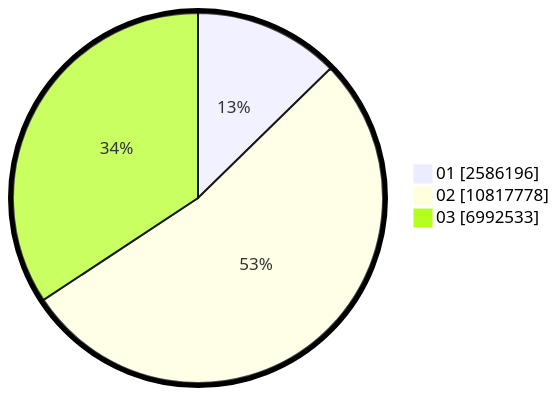
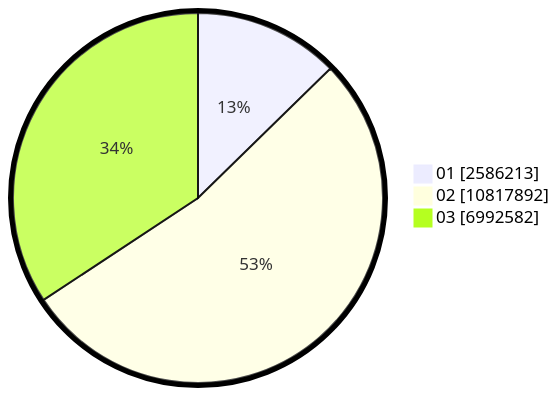
The second of 2 diagrams in pilpres/hitung-suara/sub/table-wilayah-33.md (gigit-pemilu/pemilu-2024), drawn with Mermaid before and after one commit. The commit also changed other lines of this file and 8 other files, not shown here.

````diff
--- a/pilpres/hitung-suara/sub/table-wilayah-33.md
+++ b/pilpres/hitung-suara/sub/table-wilayah-33.md
@@ -15,7 +15,7 @@
 ```mermaid
 %%{init: {"pie": {"textPosition": 0.5}, "themeVariables": {"pieOuterStrokeWidth": "5px"}} }%%
 pie showData
-    "01" : 2586196
-    "02" : 10817778
-    "03" : 6992533
+    "01" : 2586213
+    "02" : 10817892
+    "03" : 6992582
 ```
````
